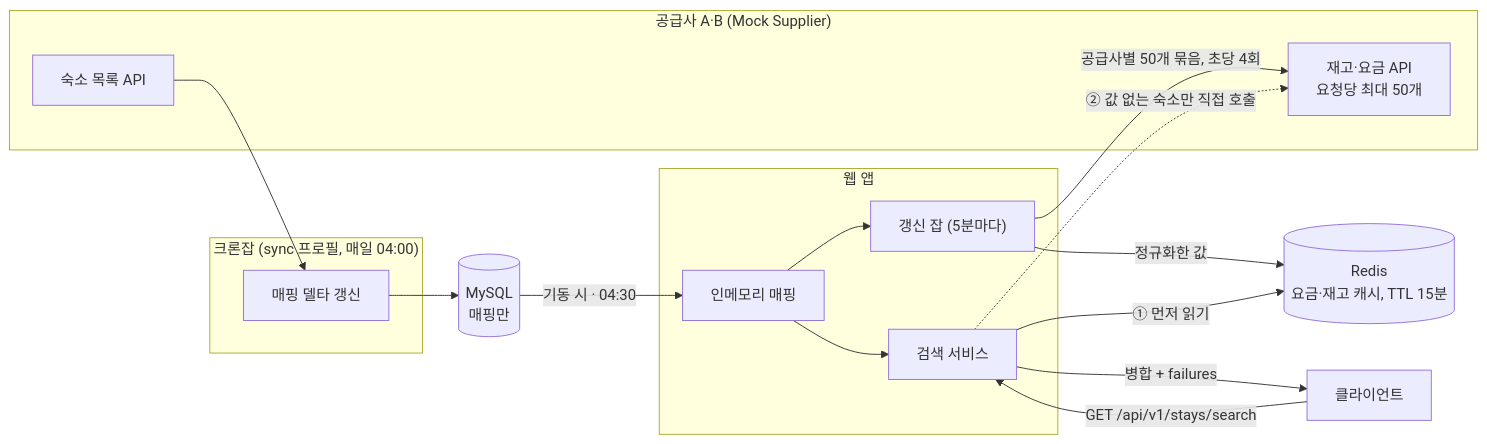
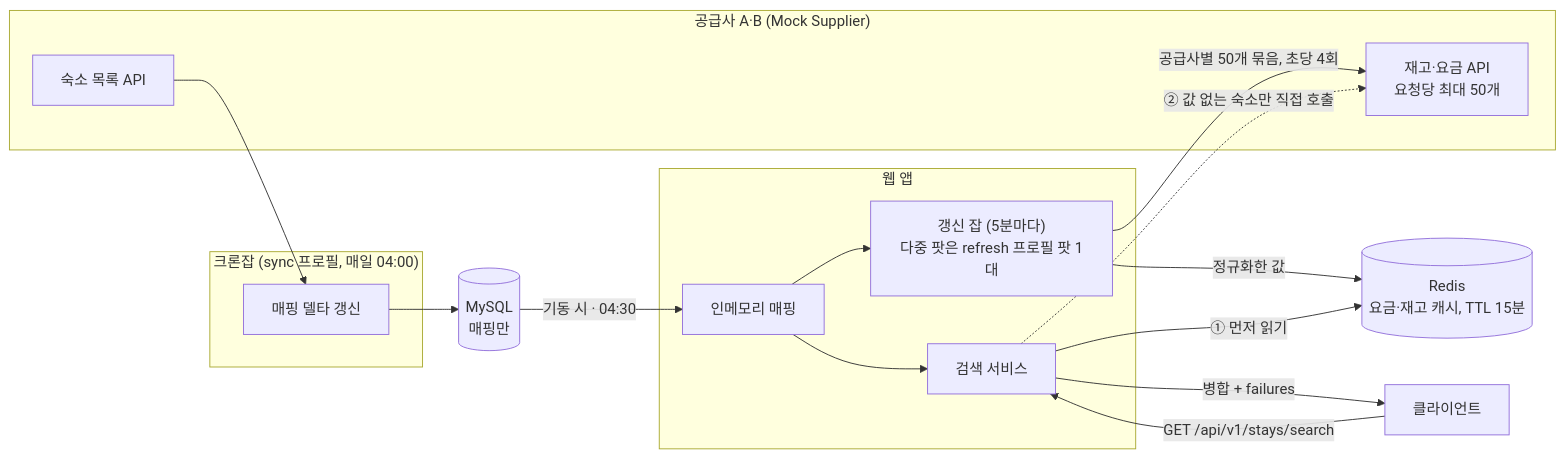
Before and after one commit to mjkang4416/stay-supplier-integration: the diagram in README.md, drawn with Mermaid. The commit also changed other lines of this file and 6 other files, not shown here.

First line of the commit message:
feat: 다중 팟에서 요금·재고 갱신 잡을 전용 팟 1대가 맡는 refresh 프로필 추가

````diff
--- a/README.md
+++ b/README.md
@@ -36,29 +36,29 @@
 ```mermaid
 flowchart LR
     subgraph supplier["공급사 A·B (Mock Supplier)"]
         LIST["숙소 목록 API"]
         AVAIL["재고·요금 API<br/>요청당 최대 50개"]
     end
     subgraph cron["크론잡 (sync 프로필, 매일 04:00)"]
         SYNC["매핑 델타 갱신"]
     end
     subgraph app["웹 앱"]
         REG["인메모리 매핑"]
-        REFRESH["갱신 잡 (5분마다)"]
+        REFRESH["갱신 잡 (5분마다)<br/>다중 팟은 refresh 프로필 팟 1대"]
         SEARCH["검색 서비스"]
     end
     DB[("MySQL<br/>매핑만")]
     REDIS[("Redis<br/>요금·재고 캐시, TTL 15분")]
     CLIENT["클라이언트"]
 
     LIST --> SYNC --> DB
     DB -->|"기동 시 · 04:30"| REG
     REG --> REFRESH
     REG --> SEARCH
     REFRESH -->|"공급사별 50개 묶음, 초당 4회"| AVAIL
     REFRESH -->|"정규화한 값"| REDIS
     CLIENT -->|"GET /api/v1/stays/search"| SEARCH
     SEARCH -->|"① 먼저 읽기"| REDIS
     SEARCH -.->|"② 값 없는 숙소만 직접 호출"| AVAIL
     SEARCH -->|"병합 + failures"| CLIENT
 ```
````
